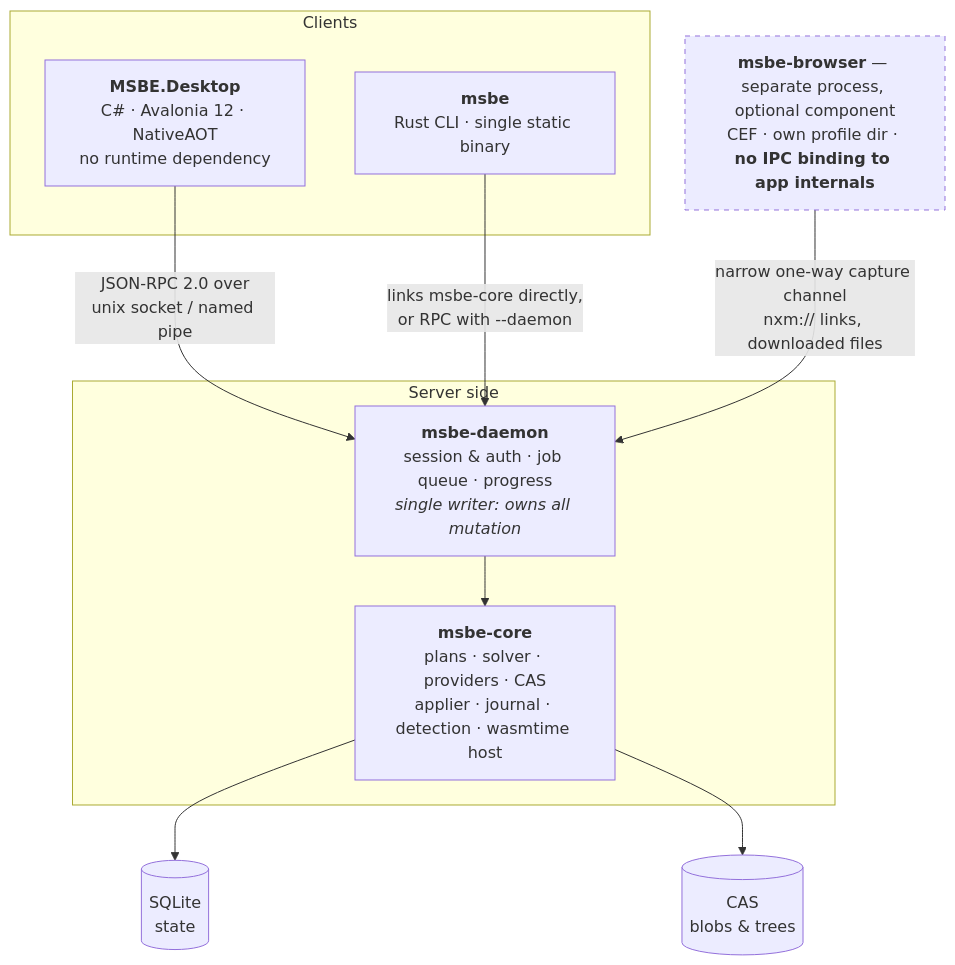
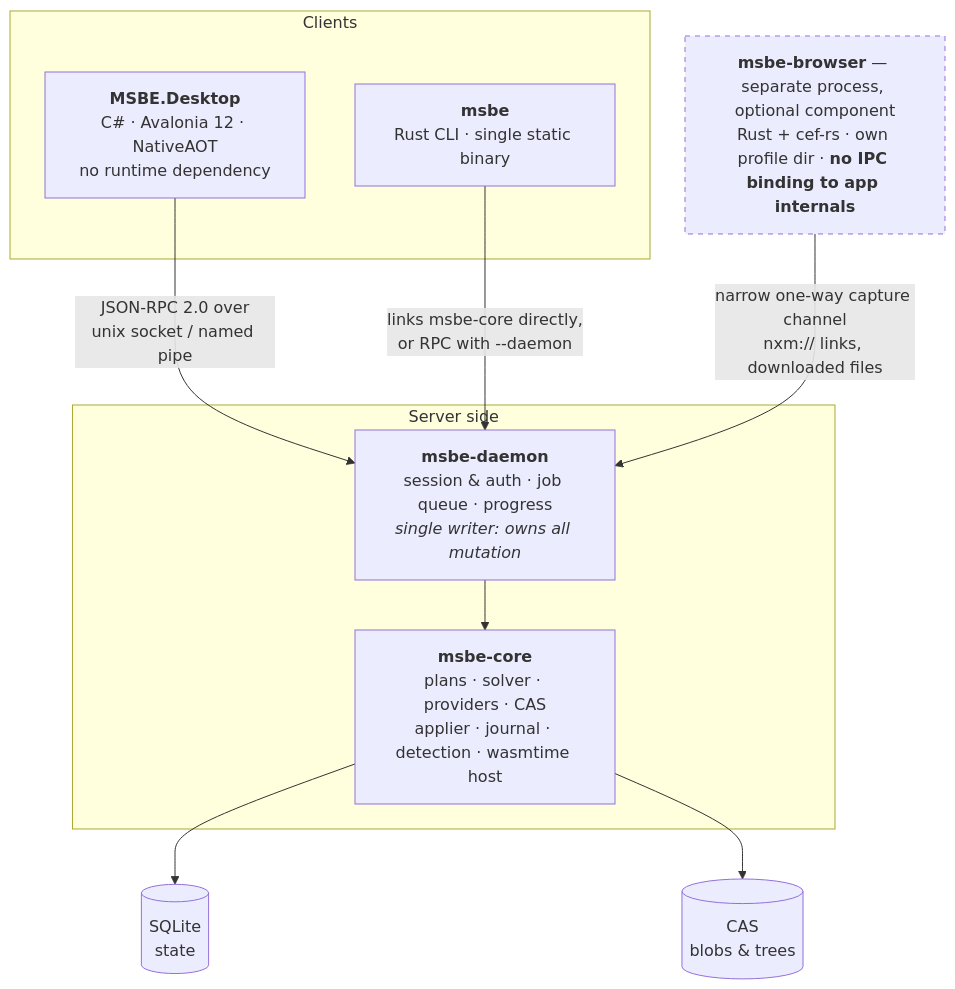
Before and after one commit to 5EUS/MSBE: the diagram in docs/03-architecture.md, drawn with Mermaid. The commit also changed other lines of this file and 10 other files, not shown here.

First line of the commit message:
Add documentation updates and architectural changes

````diff
--- a/docs/03-architecture.md
+++ b/docs/03-architecture.md
@@ -5,24 +5,24 @@
 ```mermaid
 flowchart TB
   subgraph Clients
     UI["<b>MSBE.Desktop</b><br/>C# · Avalonia 12 · NativeAOT<br/>no runtime dependency"]
     CLI["<b>msbe</b><br/>Rust CLI · single static binary"]
   end
 
   UI -->|"JSON-RPC 2.0 over<br/>unix socket / named pipe"| D
   CLI -->|"links msbe-core directly,<br/>or RPC with --daemon"| D
 
   subgraph Server["Server side"]
     D["<b>msbe-daemon</b><br/>session &amp; auth · job queue · progress<br/><i>single writer: owns all mutation</i>"]
     C["<b>msbe-core</b><br/>plans · solver · providers · CAS<br/>applier · journal · detection · wasmtime host"]
     D --> C
   end
 
   C --> DB[("SQLite<br/>state")]
   C --> CAS[("CAS<br/>blobs &amp; trees")]
 
-  B["<b>msbe-browser</b> — separate process, optional component<br/>CEF · own profile dir · <b>no IPC binding to app internals</b>"]
+  B["<b>msbe-browser</b> — separate process, optional component<br/>Rust + cef-rs · own profile dir · <b>no IPC binding to app internals</b>"]
   B -->|"narrow one-way capture channel<br/>nxm:// links, downloaded files"| D
 
   style B stroke-dasharray: 5 5
 ```
````
